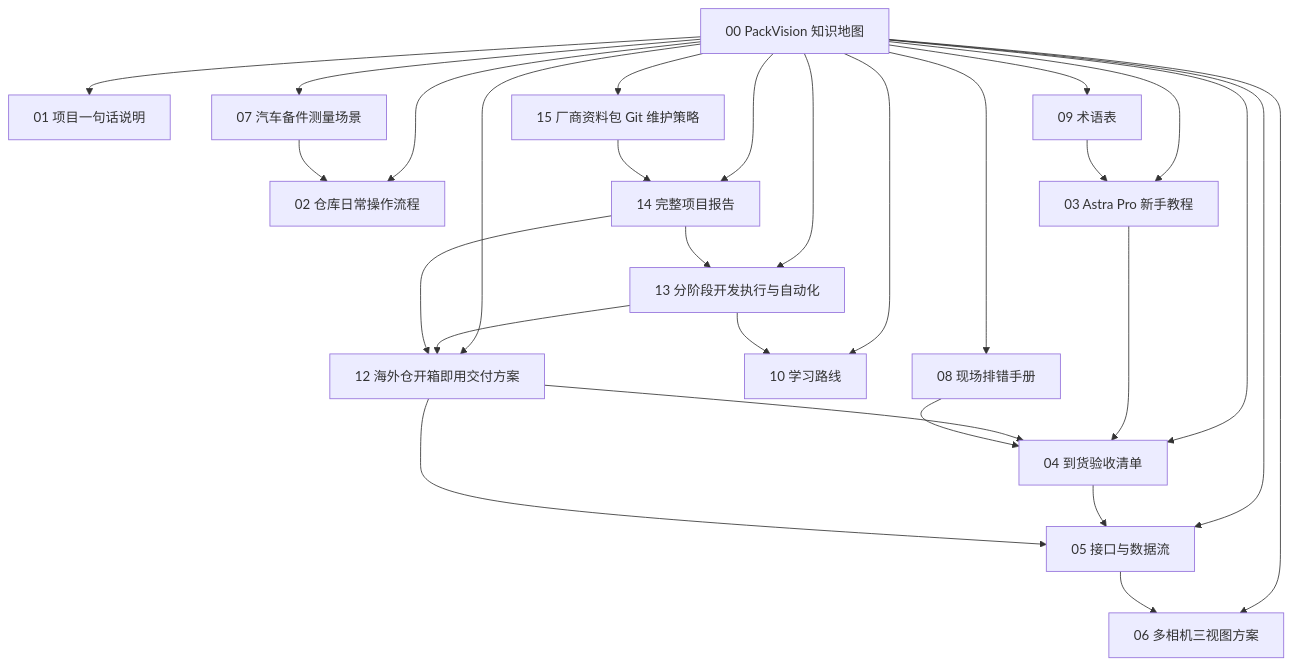
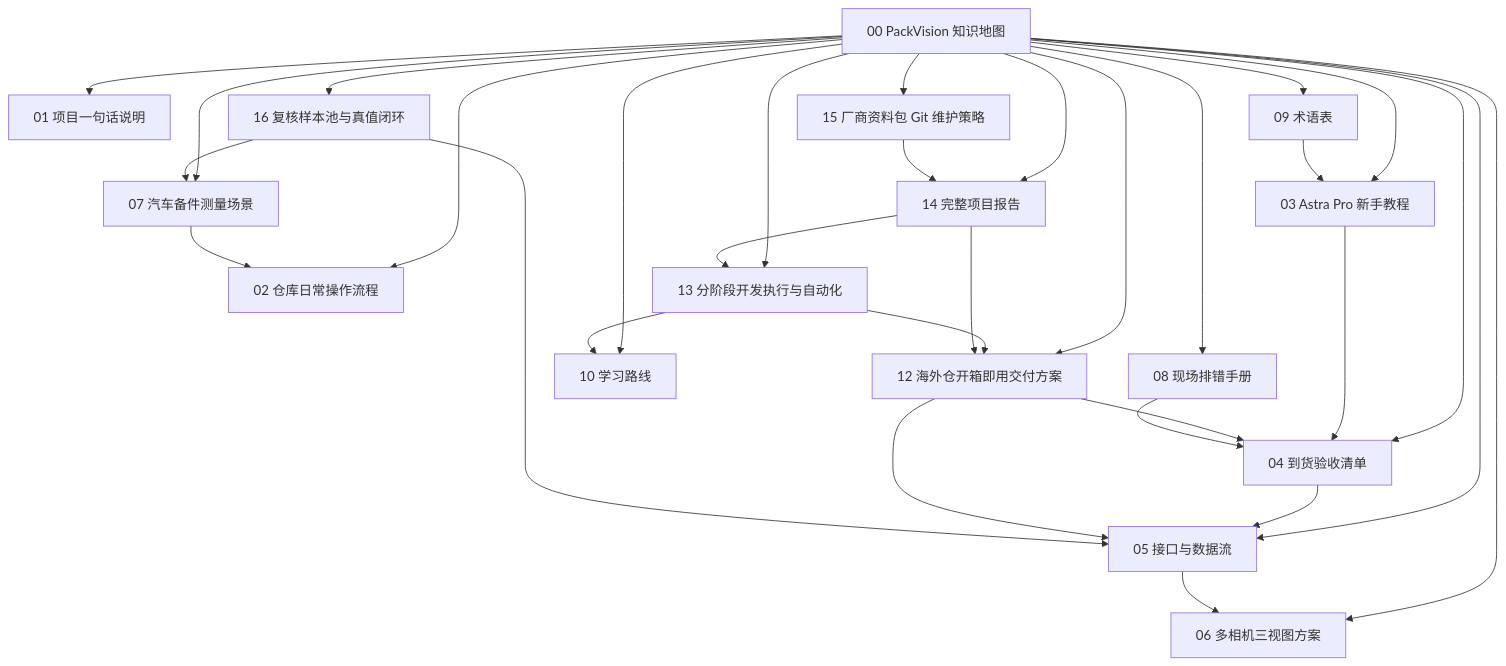
One commit to BilibiliSZdaomei/packvision changed the diagram in docs_obsidian/PackVision/00 PackVision 知识地图.md. Above: the diagram before and after it, drawn with Mermaid. The commit also changed other lines of this file and 12 other files, not shown here.

````diff
--- a/docs_obsidian/PackVision/00 PackVision 知识地图.md
+++ b/docs_obsidian/PackVision/00 PackVision 知识地图.md
@@ -39,30 +40,33 @@
 ```mermaid
 graph TD
   A["00 PackVision 知识地图"] --> B["01 项目一句话说明"]
   A --> C["02 仓库日常操作流程"]
   A --> D["03 Astra Pro 新手教程"]
   A --> E["04 到货验收清单"]
   A --> F["05 接口与数据流"]
   A --> G["06 多相机三视图方案"]
   A --> H["07 汽车备件测量场景"]
   A --> I["08 现场排错手册"]
   A --> J["09 术语表"]
   A --> K["10 学习路线"]
   A --> L["12 海外仓开箱即用交付方案"]
   A --> M["13 分阶段开发执行与自动化"]
   A --> N["14 完整项目报告"]
   A --> O["15 厂商资料包 Git 维护策略"]
+  A --> P["16 复核样本池与真值闭环"]
   D --> E
   E --> F
   F --> G
   L --> E
   L --> F
   M --> K
   M --> L
   N --> L
   N --> M
   O --> N
+  P --> F
+  P --> H
   H --> C
   I --> E
   J --> D
 ```
````
